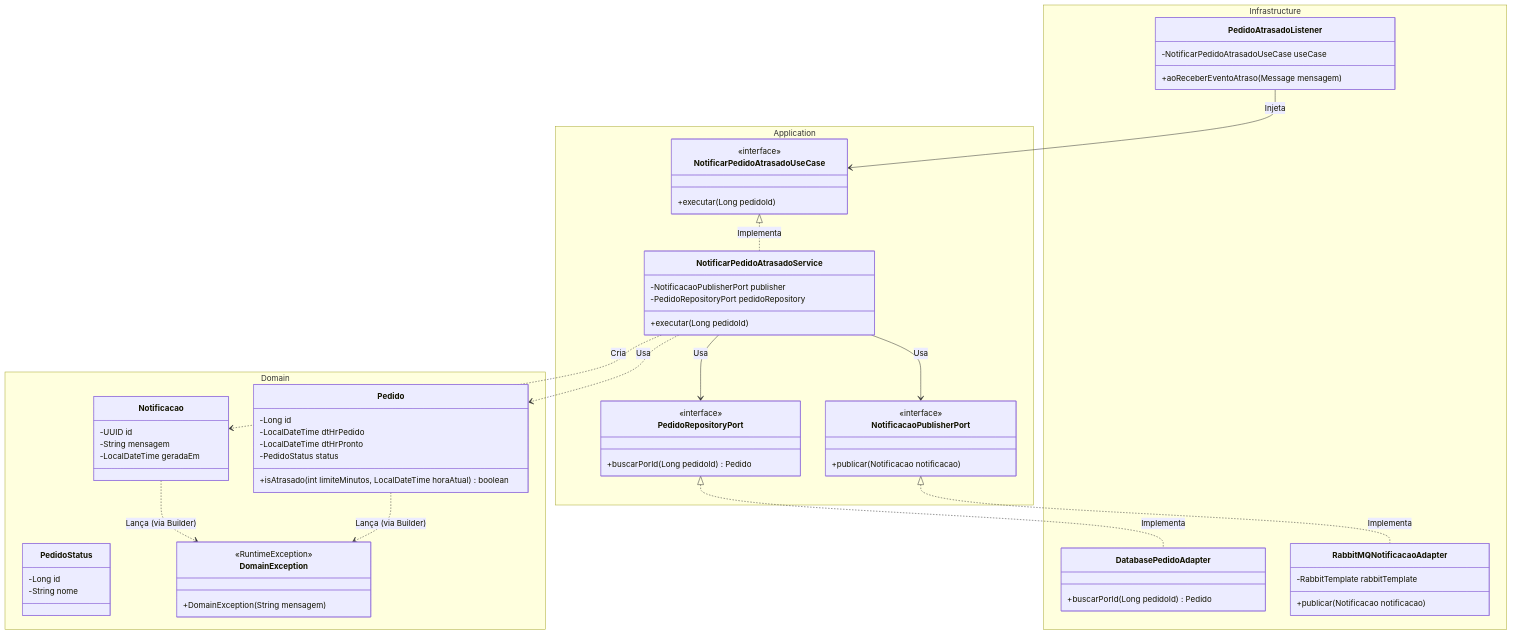
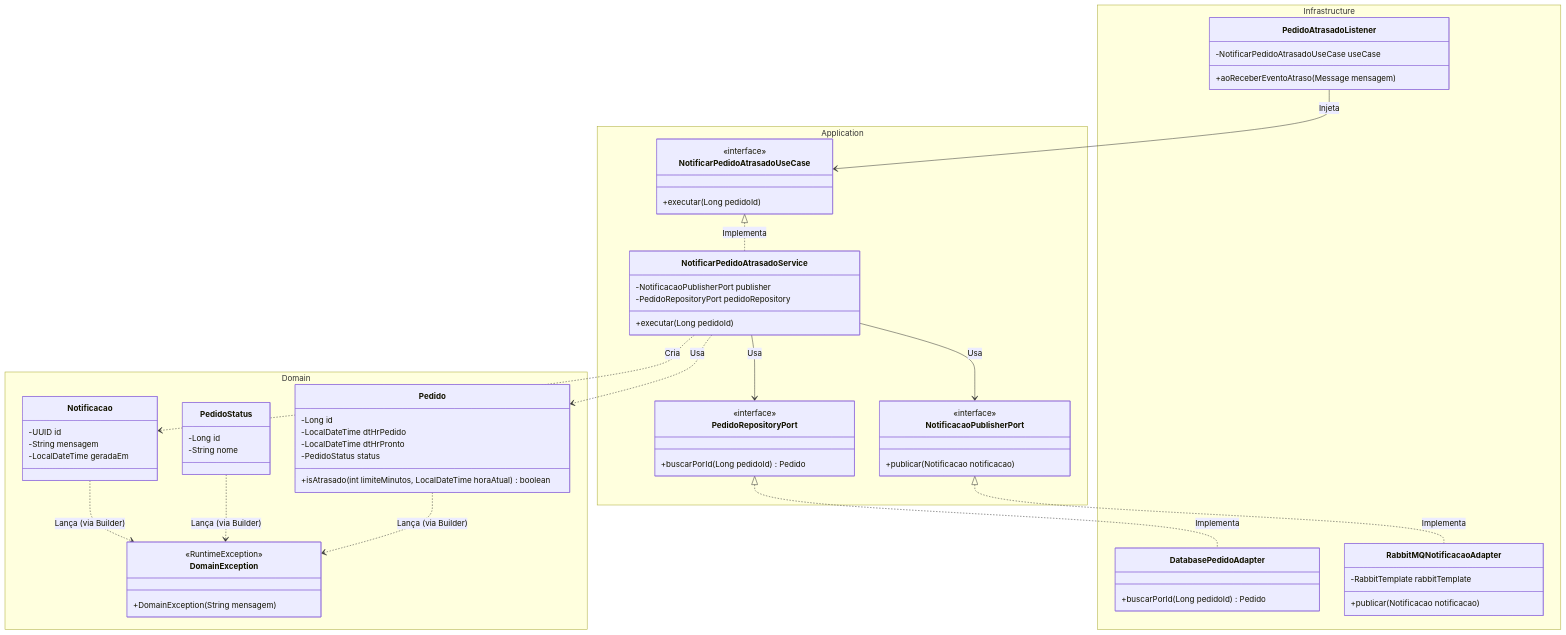
Before and after one commit to GuiTrevizSPTech/kento-cafe-notifications: the first of 3 diagrams in docs/ARCHITECTURE.md, drawn with Mermaid.

Commit message:
Update architecture documentation with PedidoStatus
Add relationship between PedidoStatus and DomainException.

````diff
--- a/docs/ARCHITECTURE.md
+++ b/docs/ARCHITECTURE.md
@@ -7,76 +7,77 @@
 ```mermaid
 classDiagram
     %% Camada de Domínio (Core - Independente)
     namespace Domain {
         class Pedido {
             -Long id
             -LocalDateTime dtHrPedido
             -LocalDateTime dtHrPronto
             -PedidoStatus status
             +isAtrasado(int limiteMinutos, LocalDateTime horaAtual) boolean
         }
         class PedidoStatus {
             -Long id
             -String nome
         }
         class Notificacao {
             -UUID id
             -String mensagem
             -LocalDateTime geradaEm
         }
         class DomainException {
             <<RuntimeException>>
             +DomainException(String mensagem)
         }
     }
 
     %% Camada de Aplicação (Casos de Uso e Portas)
     namespace Application {
         class NotificarPedidoAtrasadoUseCase {
             <<interface>>
             +executar(Long pedidoId)
         }
         class NotificarPedidoAtrasadoService {
             -NotificacaoPublisherPort publisher
             -PedidoRepositoryPort pedidoRepository
             +executar(Long pedidoId)
         }
         class NotificacaoPublisherPort {
             <<interface>>
             +publicar(Notificacao notificacao)
         }
         class PedidoRepositoryPort {
             <<interface>>
             +buscarPorId(Long pedidoId) Pedido
         }
     }
 
     %% Camada de Infraestrutura
     namespace Infrastructure {
         class RabbitMQNotificacaoAdapter {
             -RabbitTemplate rabbitTemplate
             +publicar(Notificacao notificacao)
         }
         class DatabasePedidoAdapter {
             +buscarPorId(Long pedidoId) Pedido
         }
         class PedidoAtrasadoListener {
             -NotificarPedidoAtrasadoUseCase useCase
             +aoReceberEventoAtraso(Message mensagem)
         }
     }
 
     %% Relacionamentos
     NotificarPedidoAtrasadoUseCase <|.. NotificarPedidoAtrasadoService : Implementa
     NotificacaoPublisherPort <|.. RabbitMQNotificacaoAdapter : Implementa
     PedidoRepositoryPort <|.. DatabasePedidoAdapter : Implementa
     
     NotificarPedidoAtrasadoService --> NotificacaoPublisherPort : Usa
     NotificarPedidoAtrasadoService --> PedidoRepositoryPort : Usa
     PedidoAtrasadoListener --> NotificarPedidoAtrasadoUseCase : Injeta
     
     NotificarPedidoAtrasadoService ..> Pedido : Usa
     NotificarPedidoAtrasadoService ..> Notificacao : Cria
     Pedido ..> DomainException : Lança (via Builder)
     Notificacao ..> DomainException : Lança (via Builder)
+    PedidoStatus ..> DomainException : Lança (via Builder)
 ```
````
